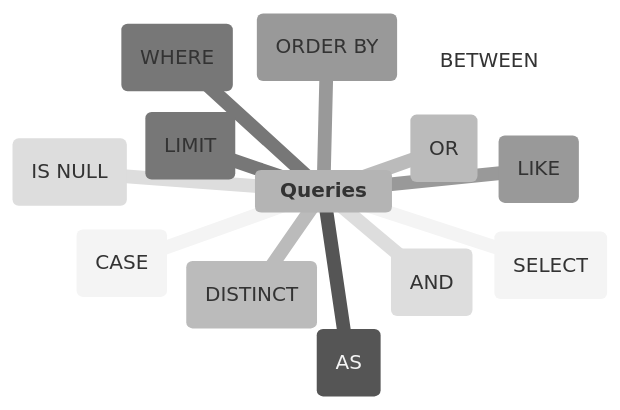
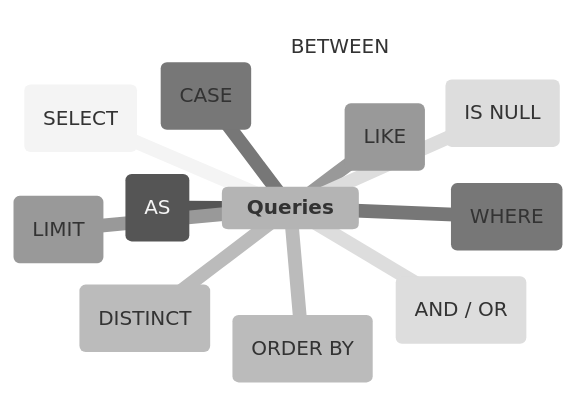
The third of 4 diagrams in SQLite/Code Cademy/README.md (MarvinSilcGit/Learning), drawn with Mermaid (neutral theme) before and after one commit. The commit also changed other lines of this file, not shown here.

````diff
--- a/SQLite/Code Cademy/README.md
+++ b/SQLite/Code Cademy/README.md
@@ -237,16 +237,15 @@
 ```mermaid
 mindmap
 	**Queries**
 		(SELECT)
 		(AS)
 		(DISTINCT)
 		(WHERE)
 		(LIKE)
 		(IS NULL)
 		(BETWEEN)
-		(AND)
-		(OR)
+		(AND / OR)
 		(ORDER BY)
 		(LIMIT)
 		(CASE)
 ```
````
